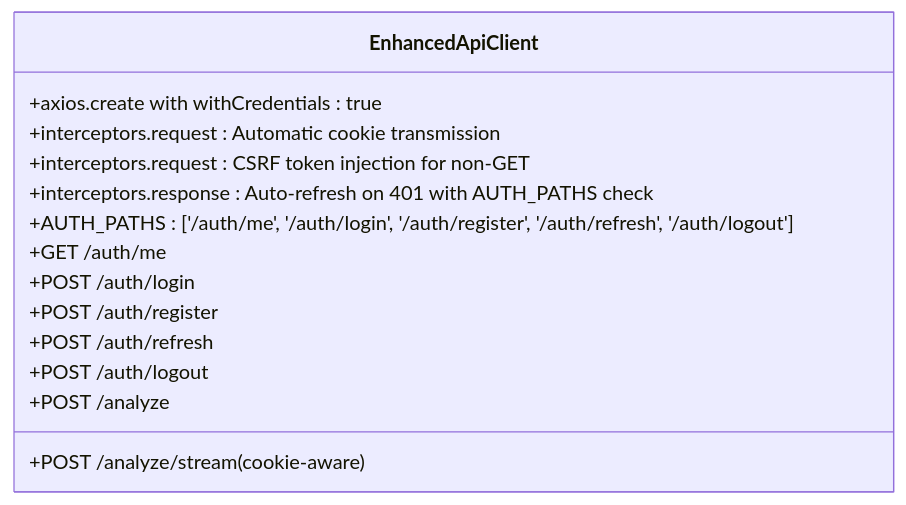
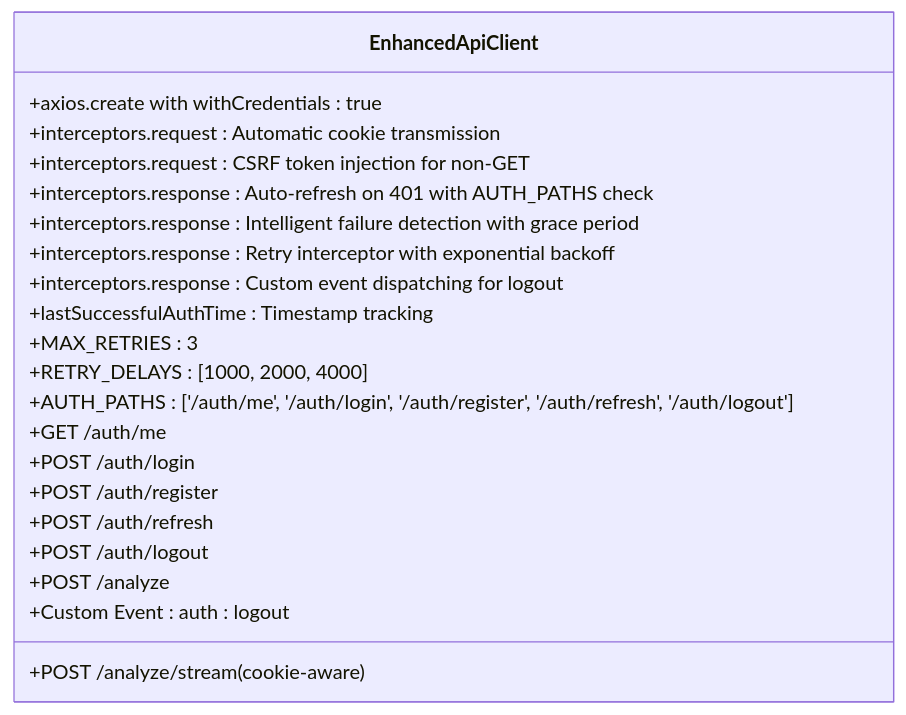
Diagram 11 of 13 in .qoder/repowiki/en/content/Authentication & Authorization/Frontend Authentication Context.md (Revanththetalogics/aireume), drawn with Mermaid before and after one commit. The commit also changed other lines of this file and 15 other files, not shown here.

````diff
--- a/.qoder/repowiki/en/content/Authentication & Authorization/Frontend Authentication Context.md
+++ b/.qoder/repowiki/en/content/Authentication & Authorization/Frontend Authentication Context.md
@@ -417,17 +533,24 @@
 ```mermaid
 classDiagram
 class EnhancedApiClient {
 +axios.create with withCredentials : true
 +interceptors.request : Automatic cookie transmission
 +interceptors.request : CSRF token injection for non-GET
 +interceptors.response : Auto-refresh on 401 with AUTH_PATHS check
++interceptors.response : Intelligent failure detection with grace period
++interceptors.response : Retry interceptor with exponential backoff
++interceptors.response : Custom event dispatching for logout
++lastSuccessfulAuthTime : Timestamp tracking
++MAX_RETRIES : 3
++RETRY_DELAYS : [1000, 2000, 4000]
 +AUTH_PATHS : ['/auth/me', '/auth/login', '/auth/register', '/auth/refresh', '/auth/logout']
 +GET /auth/me
 +POST /auth/login
 +POST /auth/register
 +POST /auth/refresh
 +POST /auth/logout
 +POST /analyze
 +POST /analyze/stream (cookie-aware)
++Custom Event : auth : logout
 }
 ```
````
